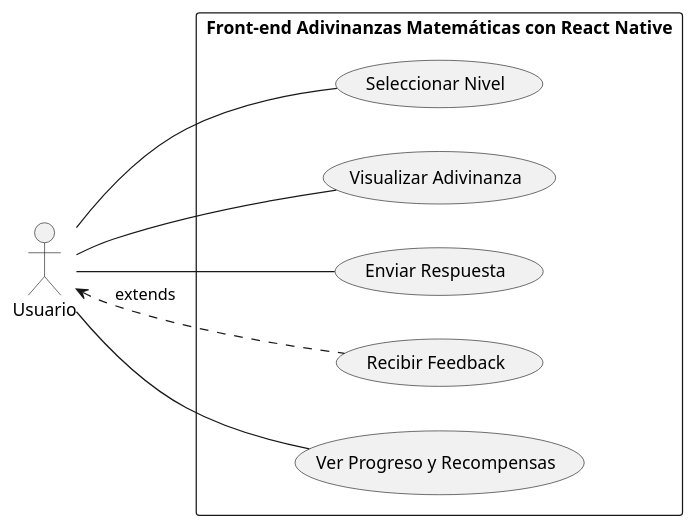
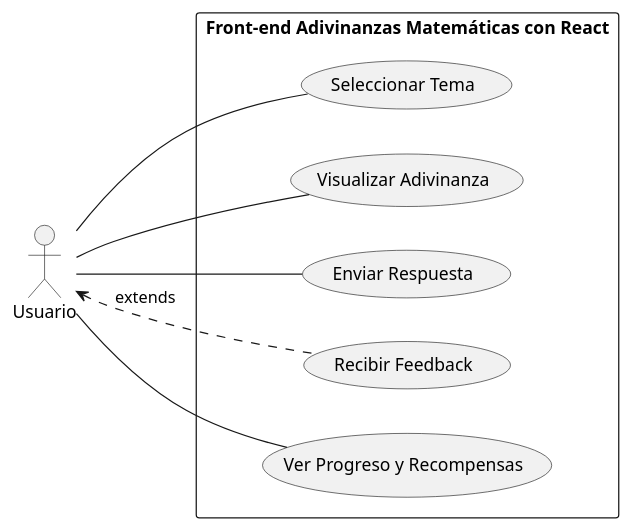
The diagram in docs/caso-de-uso-frontend.wsd (cdoaweb/pci-adivimat), drawn with PlantUML before and after one commit. The commit also changed 14 other files, not shown here.

```diff
--- a/docs/caso-de-uso-frontend.wsd
+++ b/docs/caso-de-uso-frontend.wsd
@@ -1,11 +1,11 @@
 @startuml
 left to right direction
 actor Usuario
-rectangle "Front-end Adivinanzas Matemáticas con React Native" {
- Usuario -- (Seleccionar Nivel)
+rectangle "Front-end Adivinanzas Matemáticas con React" {
+ Usuario -- (Seleccionar Tema)
  Usuario -- (Visualizar Adivinanza)
  Usuario -- (Enviar Respuesta)
  Usuario <.. (Recibir Feedback) : extends
  Usuario -- (Ver Progreso y Recompensas)
 }
 @enduml
```
